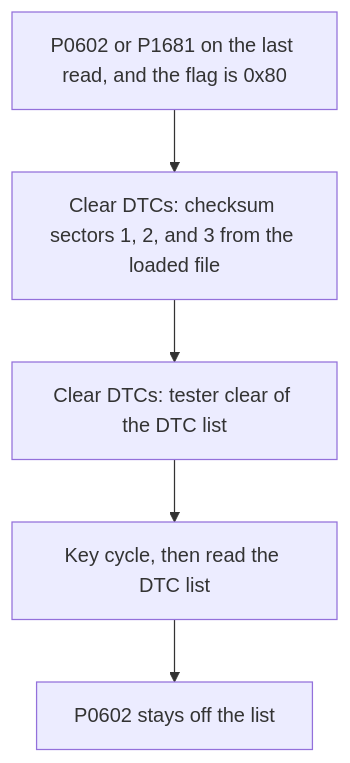
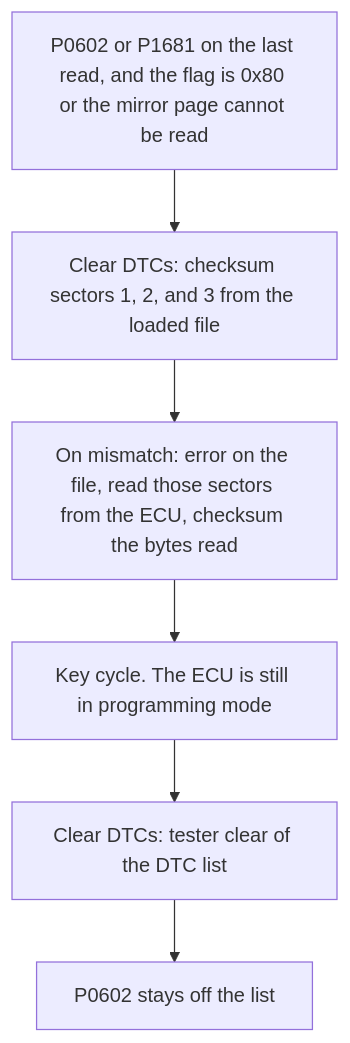
One commit to NefMoto/NefMotoOpenSource changed the diagram in docs/user-guide/clearing-P0602.md. Above: the diagram before and after it, drawn with Mermaid. The commit also changed other lines of this file and 6 other files, not shown here.

First line of the commit message:
fix: read sectors 1-3 when the P0602 checksums do not match

````diff
--- a/docs/user-guide/clearing-P0602.md
+++ b/docs/user-guide/clearing-P0602.md
@@ -28,8 +28,9 @@
 ```mermaid
 flowchart TD
-    startNode["P0602 or P1681 on the last read, and the flag is 0x80"]
+    startNode["P0602 or P1681 on the last read, and the flag is 0x80 or the mirror page cannot be read"]
     startNode --> checksum["Clear DTCs: checksum sectors 1, 2, and 3 from the loaded file"]
-    checksum --> testerClear["Clear DTCs: tester clear of the DTC list"]
-    testerClear --> keyCycle["Key cycle, then read the DTC list"]
-    keyCycle --> doneNode["P0602 stays off the list"]
+    checksum --> readSectors["On mismatch: error on the file, read those sectors from the ECU, checksum the bytes read"]
+    readSectors --> keyCycle["Key cycle. The ECU is still in programming mode"]
+    keyCycle --> testerClear["Clear DTCs: tester clear of the DTC list"]
+    testerClear --> doneNode["P0602 stays off the list"]
 ```
````
